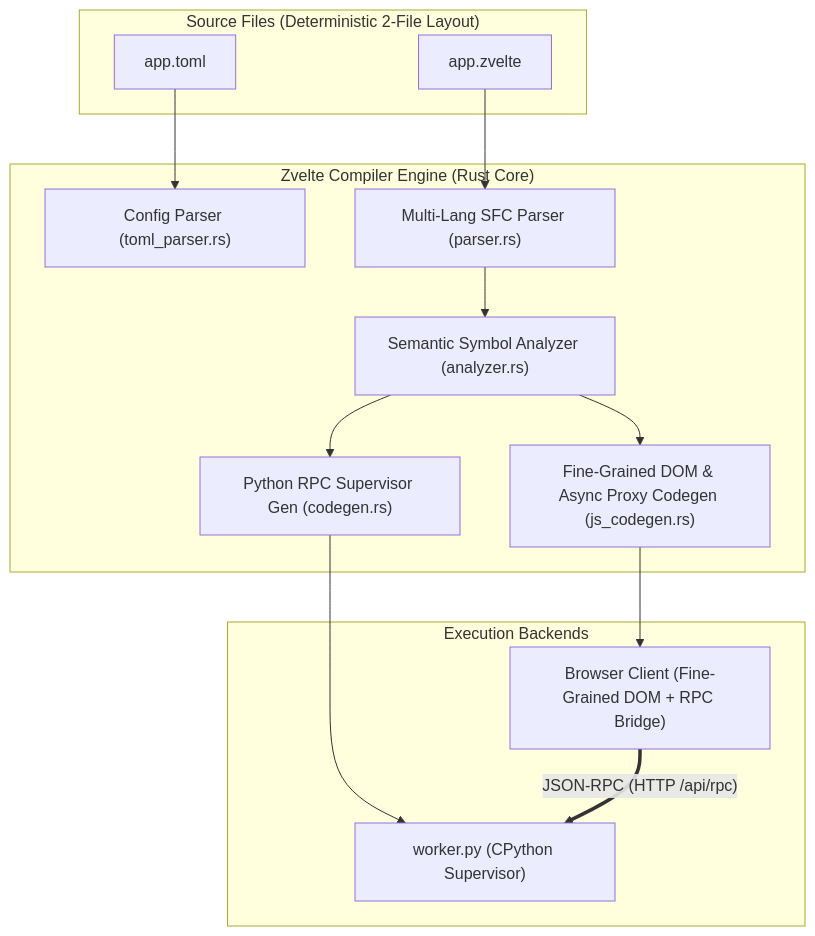
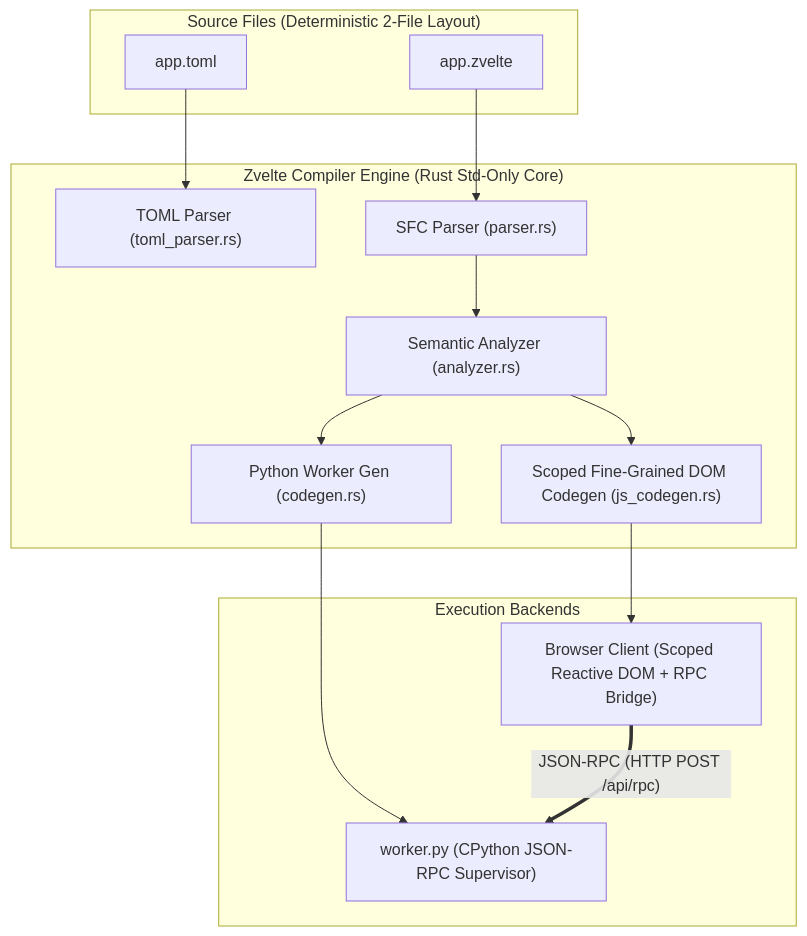
The diagram in README.md (babar-xagi/Zvelte), drawn with Mermaid before and after one commit. The commit also changed other lines of this file and 23 other files, not shown here.

````diff
--- a/README.md
+++ b/README.md
@@ -201,30 +187,30 @@
 ```mermaid
 flowchart TD
     subgraph Inputs["Source Files (Deterministic 2-File Layout)"]
         TOML["app.toml"]
         SFC["app.zvelte"]
     end
 
-    subgraph Compiler["Zvelte Compiler Engine (Rust Core)"]
-        CFG["Config Parser (toml_parser.rs)"]
-        PARSER["Multi-Lang SFC Parser (parser.rs)"]
-        SEM["Semantic Symbol Analyzer (analyzer.rs)"]
-        PYGEN["Python RPC Supervisor Gen (codegen.rs)"]
-        JSGEN["Fine-Grained DOM & Async Proxy Codegen (js_codegen.rs)"]
+    subgraph Compiler["Zvelte Compiler Engine (Rust Std-Only Core)"]
+        CFG["TOML Parser (toml_parser.rs)"]
+        PARSER["SFC Parser (parser.rs)"]
+        SEM["Semantic Analyzer (analyzer.rs)"]
+        PYGEN["Python Worker Gen (codegen.rs)"]
+        JSGEN["Scoped Fine-Grained DOM Codegen (js_codegen.rs)"]
     end
 
     subgraph Runtime["Execution Backends"]
-        PYWORKER["worker.py (CPython Supervisor)"]
-        CLIENT["Browser Client (Fine-Grained DOM + RPC Bridge)"]
+        PYWORKER["worker.py (CPython JSON-RPC Supervisor)"]
+        CLIENT["Browser Client (Scoped Reactive DOM + RPC Bridge)"]
     end
 
     TOML --> CFG
     SFC --> PARSER
     PARSER --> SEM
     SEM --> PYGEN
     SEM --> JSGEN
 
     PYGEN --> PYWORKER
     JSGEN --> CLIENT
-    CLIENT == JSON-RPC (HTTP /api/rpc) ==> PYWORKER
+    CLIENT == JSON-RPC (HTTP POST /api/rpc) ==> PYWORKER
 ```
````
